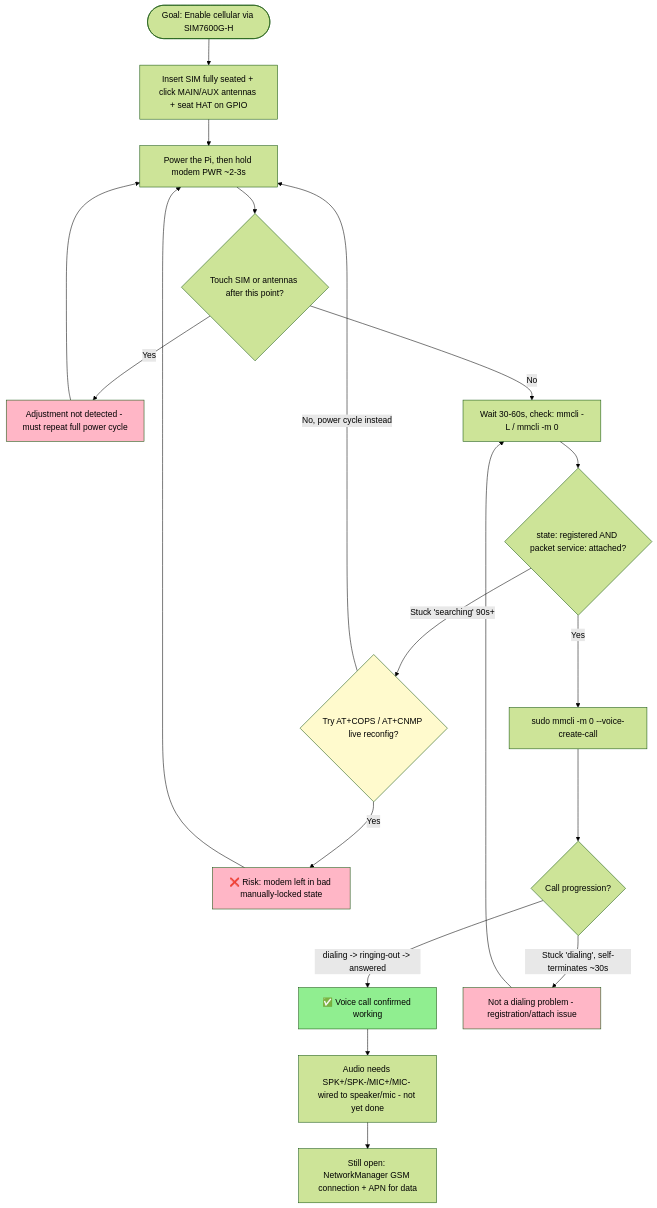
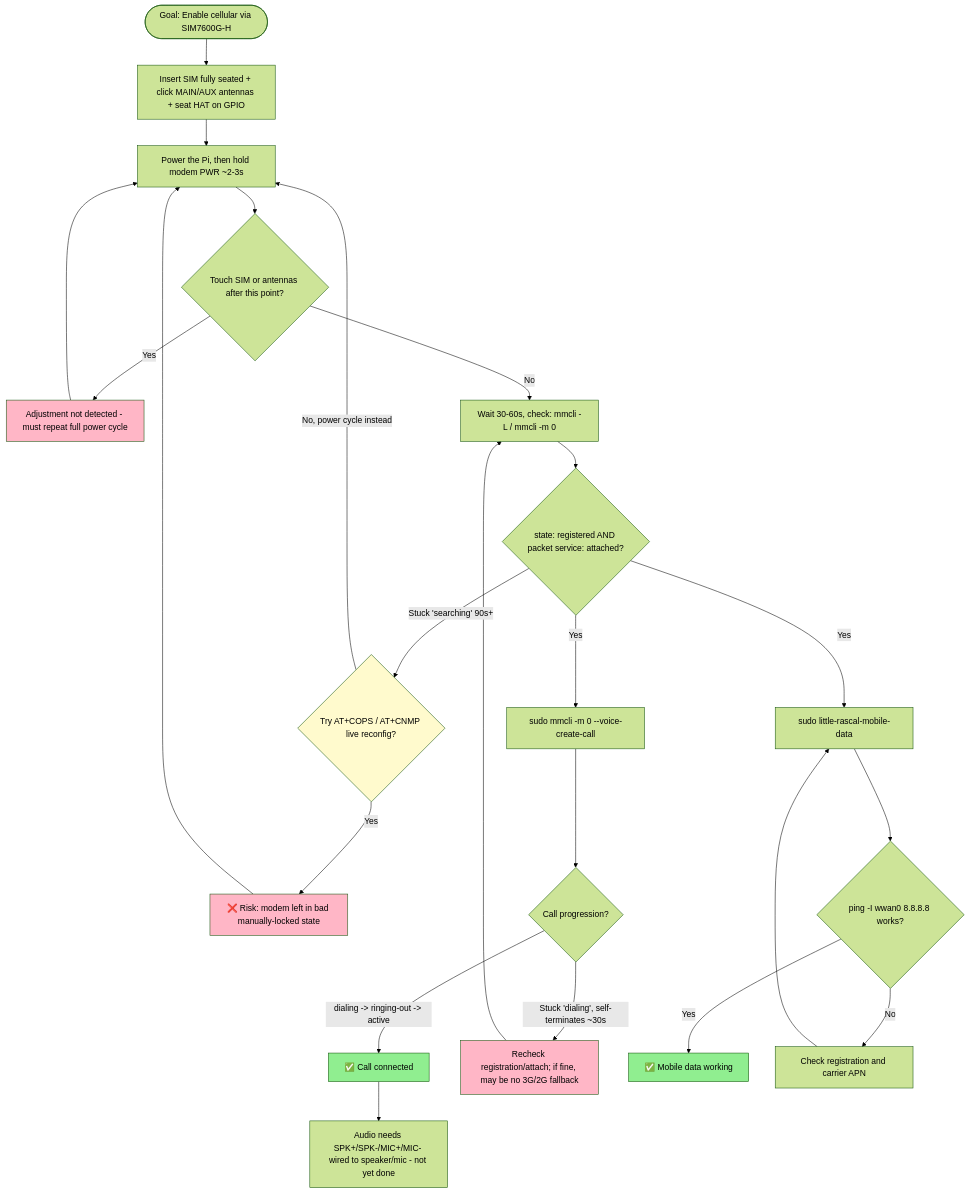
The third of 5 diagrams in docs/Installation-Flow-Diagram.md (Philip-McColl-sd/Little_Rascal_Smart_Phone), drawn with Mermaid (forest theme) before and after one commit. The commit also changed other lines of this file and 5 other files, not shown here.

````diff
--- a/docs/Installation-Flow-Diagram.md
+++ b/docs/Installation-Flow-Diagram.md
@@ -233,30 +233,36 @@
 ```mermaid
 flowchart TD
     MStart([Goal: Enable cellular via SIM7600G-H]) --> Physical[Insert SIM fully seated + click MAIN/AUX antennas + seat HAT on GPIO]
     Physical --> PowerOn[Power the Pi, then hold modem PWR ~2-3s]
     PowerOn --> Touch{Touch SIM or antennas after this point?}
     Touch -->|Yes| FullCycle[Adjustment not detected - must repeat full power cycle]
     FullCycle --> PowerOn
     Touch -->|No| WaitReg[Wait 30-60s, check: mmcli -L / mmcli -m 0]
 
     WaitReg --> RegState{state: registered AND packet service: attached?}
     RegState -->|Stuck 'searching' 90s+| Tempted{Try AT+COPS / AT+CNMP live reconfig?}
     Tempted -->|Yes| WorseState[❌ Risk: modem left in bad manually-locked state]
     WorseState --> PowerOn
     Tempted -->|No, power cycle instead| PowerOn
 
     RegState -->|Yes| Dial[sudo mmcli -m 0 --voice-create-call]
     Dial --> CallProgress{Call progression?}
-    CallProgress -->|dialing -> ringing-out -> answered| CallOK[✅ Voice call confirmed working]
-    CallProgress -->|Stuck 'dialing', self-terminates ~30s| NotDialIssue[Not a dialing problem - registration/attach issue]
+    CallProgress -->|dialing -> ringing-out -> active| CallOK[✅ Call connected]
+    CallProgress -->|Stuck 'dialing', self-terminates ~30s| NotDialIssue[Recheck registration/attach; if fine, may be no 3G/2G fallback]
     NotDialIssue --> WaitReg
 
     CallOK --> AudioGap[Audio needs SPK+/SPK-/MIC+/MIC- wired to speaker/mic - not yet done]
-    AudioGap --> DataGap[Still open: NetworkManager GSM connection + APN for data]
+
+    RegState -->|Yes| Data[sudo little-rascal-mobile-data]
+    Data --> DataTest{ping -I wwan0 8.8.8.8 works?}
+    DataTest -->|Yes| DataOK[✅ Mobile data working]
+    DataTest -->|No| CheckApn[Check registration and carrier APN]
+    CheckApn --> Data
 
     style CallOK fill:#90EE90
+    style DataOK fill:#90EE90
     style FullCycle fill:#FFB6C6
     style WorseState fill:#FFB6C6
     style NotDialIssue fill:#FFB6C6
     style Tempted fill:#FFFACD
 ```
````
